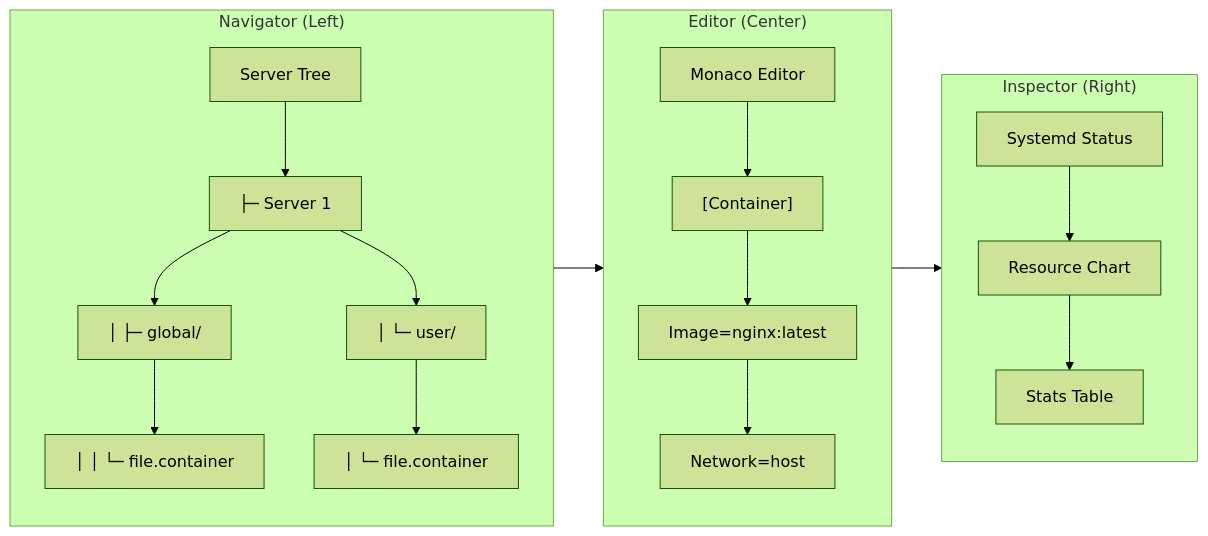
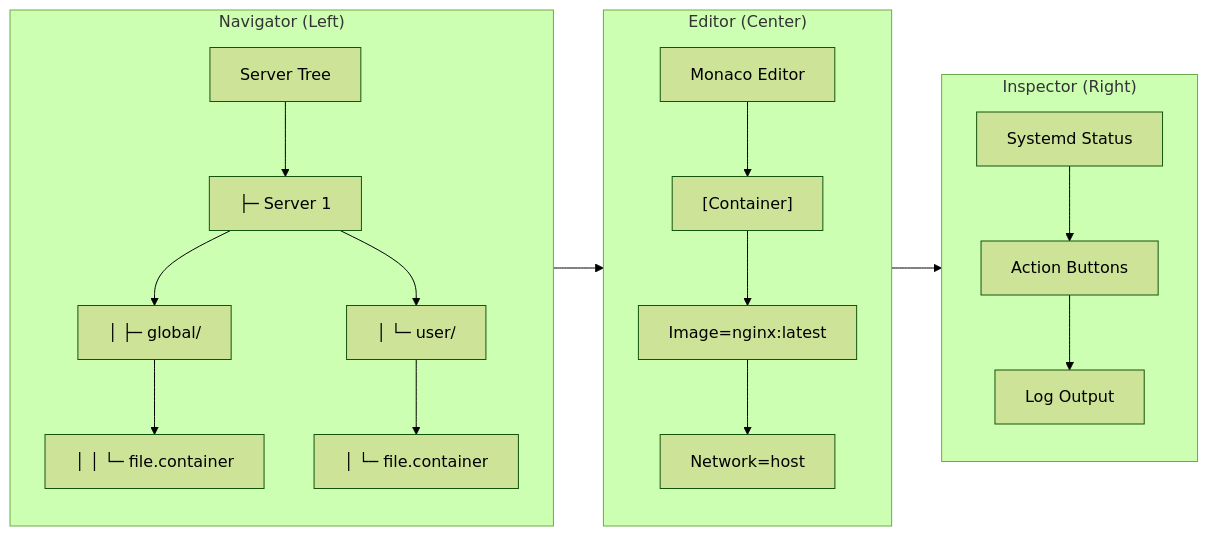
The third of 7 diagrams in docs/ARCHITECTURE.md (karoltheguy/QuadletManager), drawn with Mermaid (forest theme) before and after one commit. The commit also changed other lines of this file and 4 other files, not shown here.

````diff
--- a/docs/ARCHITECTURE.md
+++ b/docs/ARCHITECTURE.md
@@ -134,30 +160,30 @@
 ```mermaid
 flowchart LR
-    subgraph Navigator["Navigator (Left)"]
-        N1["Server Tree"]
-        N2["├─ Server 1"]
-        N3["│  ├─ global/"]
-        N4["│  │  └─ file.container"]
-        N5["│  └─ user/"]
-        N6["│     └─ file.container"]
-        N1 --> N2 --> N3 --> N4
-        N2 --> N5 --> N6
-    end
+subgraph Navigator["Navigator (Left)"]
+N1["Server Tree"]
+N2["├─ Server 1"]
+N3["│ ├─ global/"]
+N4["│ │ └─ file.container"]
+N5["│ └─ user/"]
+N6["│ └─ file.container"]
+N1 --> N2 --> N3 --> N4
+N2 --> N5 --> N6
+end
 
-    subgraph Editor["Editor (Center)"]
-        E1["Monaco Editor"]
-        E2["[Container]"]
-        E3["Image=nginx:latest"]
-        E4["Network=host"]
-        E1 --> E2 --> E3 --> E4
-    end
+subgraph Editor["Editor (Center)"]
+E1["Monaco Editor"]
+E2["[Container]"]
+E3["Image=nginx:latest"]
+E4["Network=host"]
+E1 --> E2 --> E3 --> E4
+end
 
-    subgraph Inspector["Inspector (Right)"]
-        I1["Systemd Status"]
-        I2["Resource Chart"]
-        I3["Stats Table"]
-        I1 --> I2 --> I3
-    end
+subgraph Inspector["Inspector (Right)"]
+I1["Systemd Status"]
+I2["Action Buttons"]
+I3["Log Output"]
+I1 --> I2 --> I3
+end
 
-    Navigator --> Editor --> Inspector
+Navigator --> Editor --> Inspector
 ```
````
